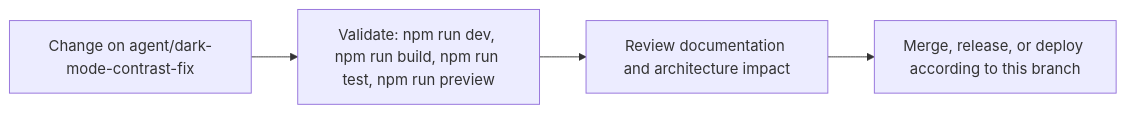
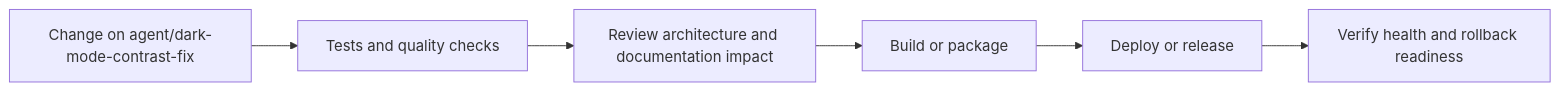
One commit to Nischhalsubba/Napiyo changed the fourth of 5 diagrams in README.md. Above: the diagram before and after it, drawn with Mermaid. The commit also changed other lines of this file, not shown here.

````diff
--- a/README.md
+++ b/README.md
@@ -72,8 +154,8 @@
 ```mermaid
 flowchart LR
-    CHANGE["Change on agent/dark-mode-contrast-fix"]
-    CHECK["Validate: npm run dev, npm run build, npm run test, npm run preview"]
-    REVIEW["Review documentation and architecture impact"]
-    RELEASE["Merge, release, or deploy according to this branch"]
-    CHANGE --> CHECK --> REVIEW --> RELEASE
+    CHANGE["Change on agent/dark-mode-contrast-fix"] --> CHECK["Tests and quality checks"]
+    CHECK --> REVIEW["Review architecture and documentation impact"]
+    REVIEW --> BUILD["Build or package"]
+    BUILD --> DEPLOY["Deploy or release"]
+    DEPLOY --> VERIFY["Verify health and rollback readiness"]
 ```
````
